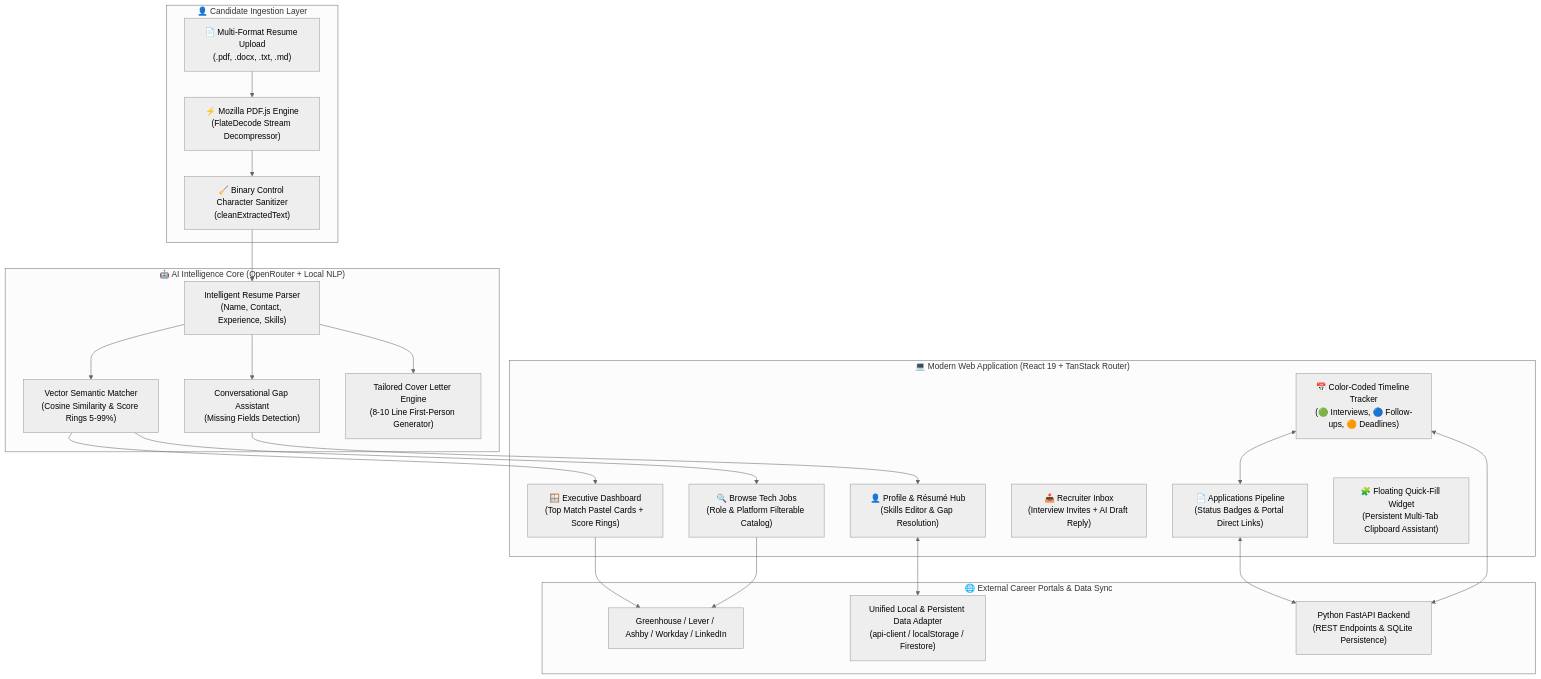
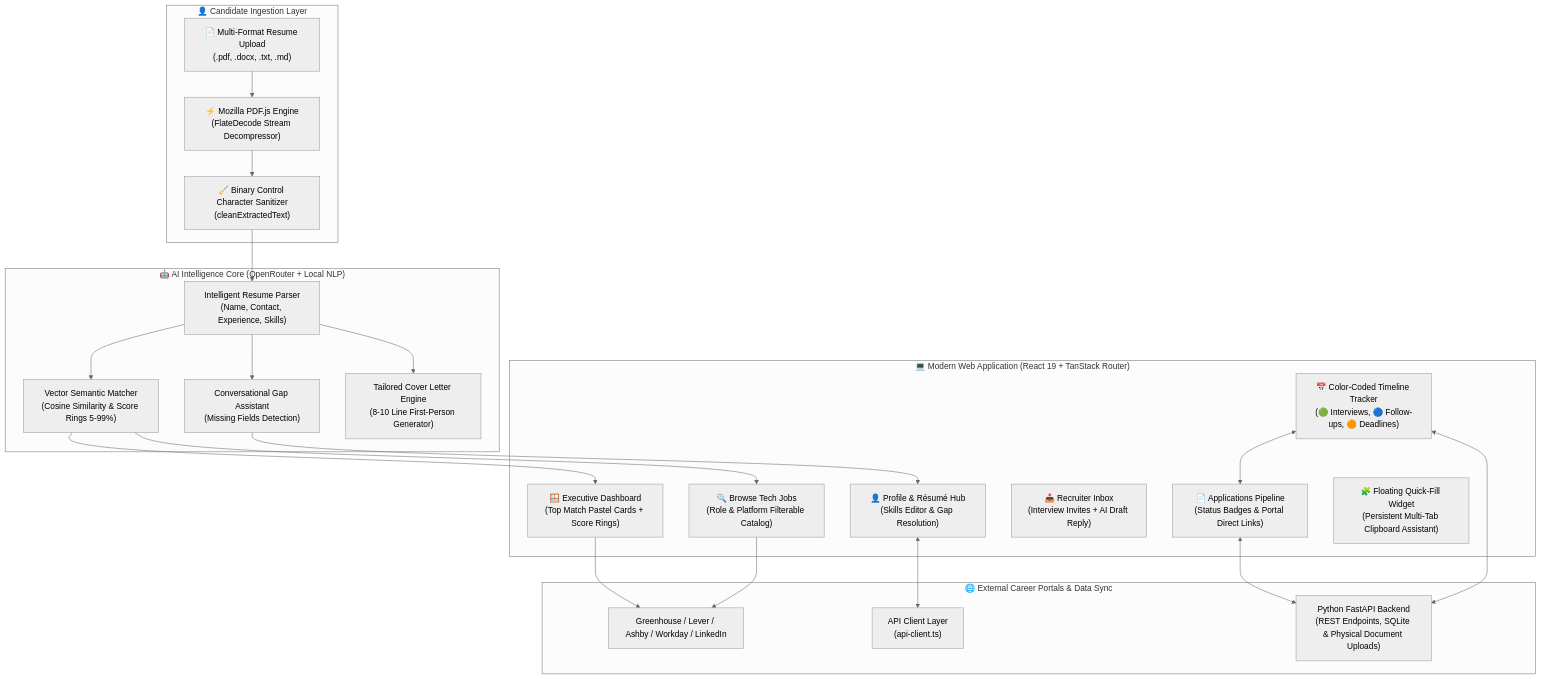
The diagram in README.md (harshit1arora/Job-Application-Tracker), drawn with Mermaid (neutral theme) before and after one commit. The commit also changed other lines of this file and 18 other files, not shown here.

Commit message:
Integrated FastAPI backend

````diff
--- a/README.md
+++ b/README.md
@@ -23,48 +23,48 @@
 ```mermaid
 flowchart TB
     subgraph Candidate["👤 Candidate Ingestion Layer"]
         ResumeUpload["📄 Multi-Format Resume Upload\n(.pdf, .docx, .txt, .md)"]
         PdfJsEngine["⚡ Mozilla PDF.js Engine\n(FlateDecode Stream Decompressor)"]
         TextSanitizer["🧹 Binary Control Character Sanitizer\n(cleanExtractedText)"]
         ResumeUpload --> PdfJsEngine --> TextSanitizer
     end
 
     subgraph AIEngine["🤖 AI Intelligence Core (OpenRouter + Local NLP)"]
         AiParser["Intelligent Resume Parser\n(Name, Contact, Experience, Skills)"]
         GapDetector["Conversational Gap Assistant\n(Missing Fields Detection)"]
         JobMatcher["Vector Semantic Matcher\n(Cosine Similarity & Score Rings 5-99%)"]
         LetterGen["Tailored Cover Letter Engine\n(8-10 Line First-Person Generator)"]
         
         TextSanitizer --> AiParser
         AiParser --> GapDetector
         AiParser --> JobMatcher
         AiParser --> LetterGen
     end
 
     subgraph UI["💻 Modern Web Application (React 19 + TanStack Router)"]
         Dashboard["🪟 Executive Dashboard\n(Top Match Pastel Cards + Score Rings)"]
         BrowseJobs["🔍 Browse Tech Jobs\n(Role & Platform Filterable Catalog)"]
         Applications["📄 Applications Pipeline\n(Status Badges & Portal Direct Links)"]
         Inbox["📥 Recruiter Inbox\n(Interview Invites + AI Draft Reply)"]
         CalendarTracker["📅 Color-Coded Timeline Tracker\n(🟢 Interviews, 🔵 Follow-ups, 🟠 Deadlines)"]
         ProfileHub["👤 Profile & Résumé Hub\n(Skills Editor & Gap Resolution)"]
         QuickFill["🧩 Floating Quick-Fill Widget\n(Persistent Multi-Tab Clipboard Assistant)"]
 
         JobMatcher --> Dashboard
         JobMatcher --> BrowseJobs
         GapDetector --> ProfileHub
         CalendarTracker <--> Applications
     end
 
     subgraph Integration["🌐 External Career Portals & Data Sync"]
         Portals["Greenhouse / Lever / Ashby / Workday / LinkedIn"]
-        DataSync["Unified Local & Persistent Data Adapter\n(api-client / localStorage / Firestore)"]
-        FastApi["Python FastAPI Backend\n(REST Endpoints & SQLite Persistence)"]
+        DataSync["API Client Layer\n(api-client.ts)"]
+        FastApi["Python FastAPI Backend\n(REST Endpoints, SQLite & Physical Document Uploads)"]
 
         Dashboard --> Portals
         BrowseJobs --> Portals
         Applications <--> FastApi
         CalendarTracker <--> FastApi
         ProfileHub <--> DataSync
     end
 ```
````
